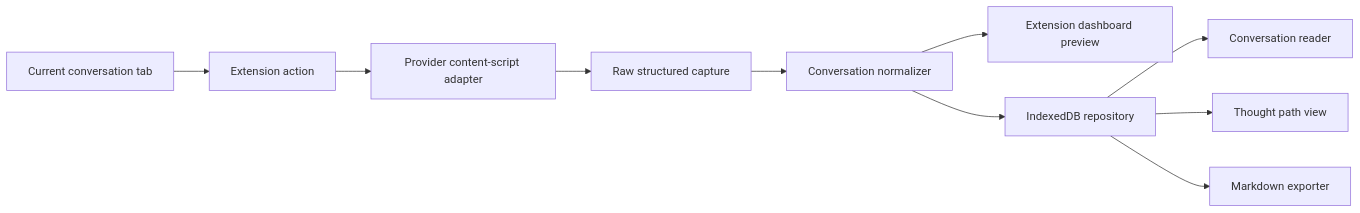
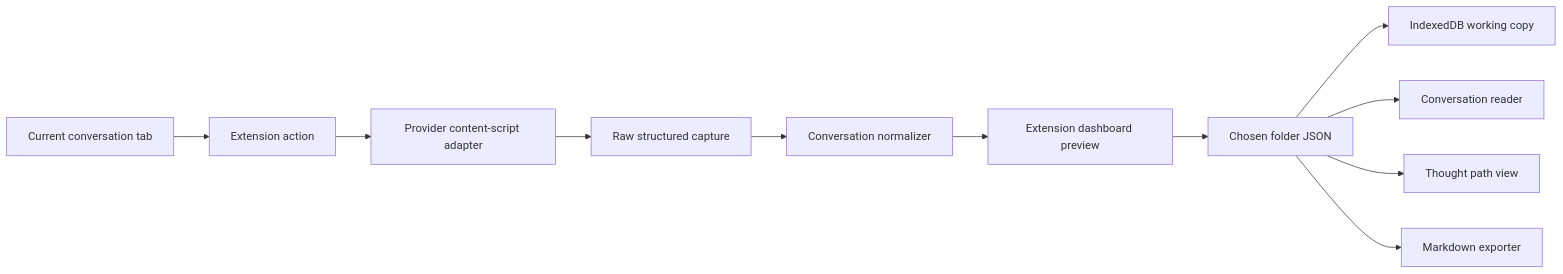
One commit to plaodas/trailogue changed the first of 2 diagrams in docs/ARCHITECTURE.md. Above: the diagram before and after it, drawn with Mermaid. The commit also changed other lines of this file and 14 other files, not shown here.

Commit message:
Save each conversation as folder JSON so it can be restored after the extension data is gone.

````diff
--- a/docs/ARCHITECTURE.md
+++ b/docs/ARCHITECTURE.md
@@ -7,12 +7,13 @@
 ```mermaid
 flowchart LR
     Tab["Current conversation tab"] --> Action["Extension action"]
     Action --> Adapter["Provider content-script adapter"]
     Adapter --> Capture["Raw structured capture"]
     Capture --> Normalize["Conversation normalizer"]
     Normalize --> Dashboard["Extension dashboard preview"]
-    Normalize --> Store["IndexedDB repository"]
-    Store --> Reader["Conversation reader"]
-    Store --> PathView["Thought path view"]
-    Store --> Exporter["Markdown exporter"]
+    Dashboard --> Archive["Chosen folder JSON"]
+    Archive --> Store["IndexedDB working copy"]
+    Archive --> Reader["Conversation reader"]
+    Archive --> PathView["Thought path view"]
+    Archive --> Exporter["Markdown exporter"]
 ```
````
